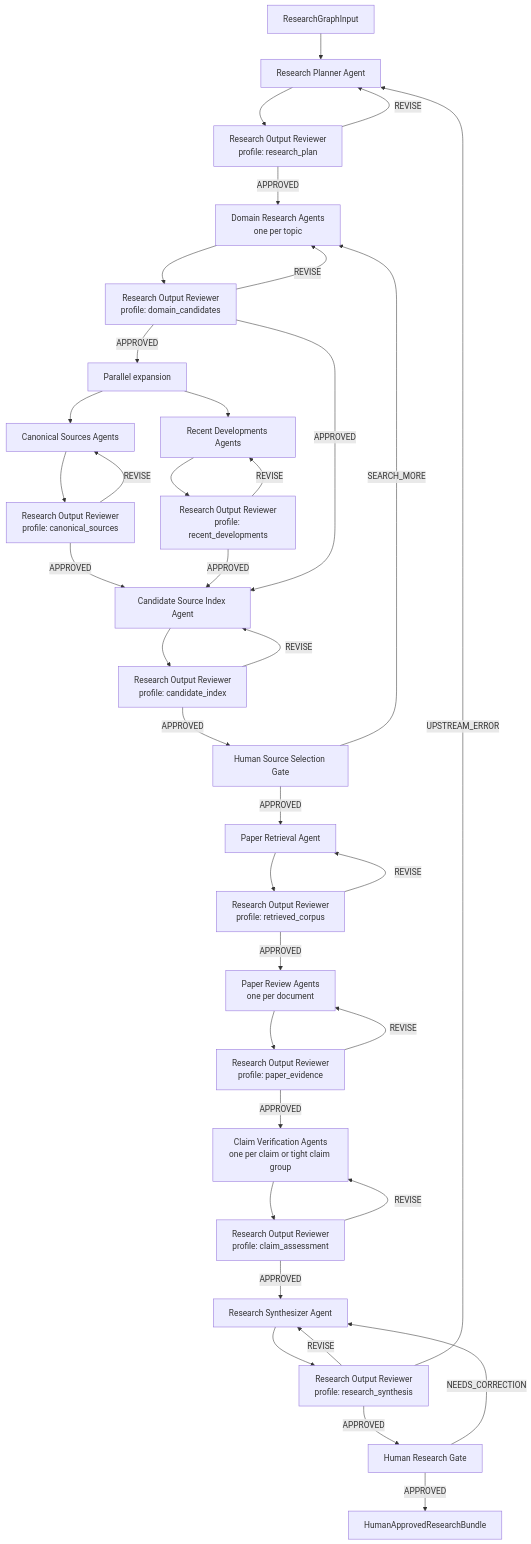
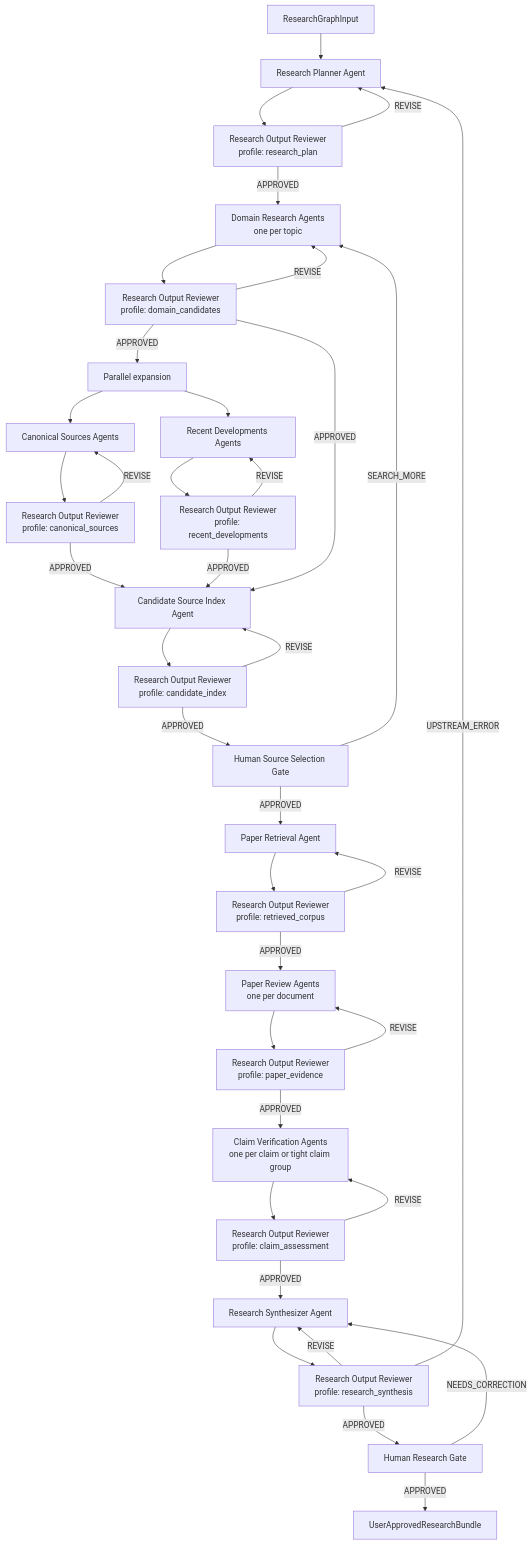
The diagram in docs/02_Architektura_agentow_i_skilli.md (masterhudini/EduMaterialsAgents), drawn with Mermaid before and after one commit. The commit also changed other lines of this file and 99 other files, not shown here.

````diff
--- a/docs/02_Architektura_agentow_i_skilli.md
+++ b/docs/02_Architektura_agentow_i_skilli.md
@@ -5,48 +5,48 @@
 ```mermaid
 flowchart TD
     IN["ResearchGraphInput"] --> RP["Research Planner Agent"]
     RP --> RV1["Research Output Reviewer\nprofile: research_plan"]
     RV1 -->|REVISE| RP
     RV1 -->|APPROVED| DR["Domain Research Agents\none per topic"]
 
     DR --> RV2["Research Output Reviewer\nprofile: domain_candidates"]
     RV2 -->|REVISE| DR
     RV2 -->|APPROVED| EXP["Parallel expansion"]
 
     EXP --> CS["Canonical Sources Agents"]
     EXP --> RD["Recent Developments Agents"]
     CS --> RV3["Research Output Reviewer\nprofile: canonical_sources"]
     RD --> RV4["Research Output Reviewer\nprofile: recent_developments"]
     RV3 -->|REVISE| CS
     RV4 -->|REVISE| RD
 
     RV3 -->|APPROVED| IDX["Candidate Source Index Agent"]
     RV4 -->|APPROVED| IDX
     RV2 -->|APPROVED| IDX
 
     IDX --> RV5["Research Output Reviewer\nprofile: candidate_index"]
     RV5 -->|REVISE| IDX
     RV5 -->|APPROVED| HG1["Human Source Selection Gate"]
     HG1 -->|SEARCH_MORE| DR
     HG1 -->|APPROVED| PR["Paper Retrieval Agent"]
 
     PR --> RV6["Research Output Reviewer\nprofile: retrieved_corpus"]
     RV6 -->|REVISE| PR
     RV6 -->|APPROVED| PRA["Paper Review Agents\none per document"]
 
     PRA --> RV7["Research Output Reviewer\nprofile: paper_evidence"]
     RV7 -->|REVISE| PRA
     RV7 -->|APPROVED| CV["Claim Verification Agents\none per claim or tight claim group"]
 
     CV --> RV8["Research Output Reviewer\nprofile: claim_assessment"]
     RV8 -->|REVISE| CV
     RV8 -->|APPROVED| RS["Research Synthesizer Agent"]
 
     RS --> RV9["Research Output Reviewer\nprofile: research_synthesis"]
     RV9 -->|REVISE| RS
     RV9 -->|UPSTREAM_ERROR| RP
     RV9 -->|APPROVED| HG2["Human Research Gate"]
 
     HG2 -->|NEEDS_CORRECTION| RS
-    HG2 -->|APPROVED| OUT["HumanApprovedResearchBundle"]
+    HG2 -->|APPROVED| OUT["UserApprovedResearchBundle"]
 ```
````
